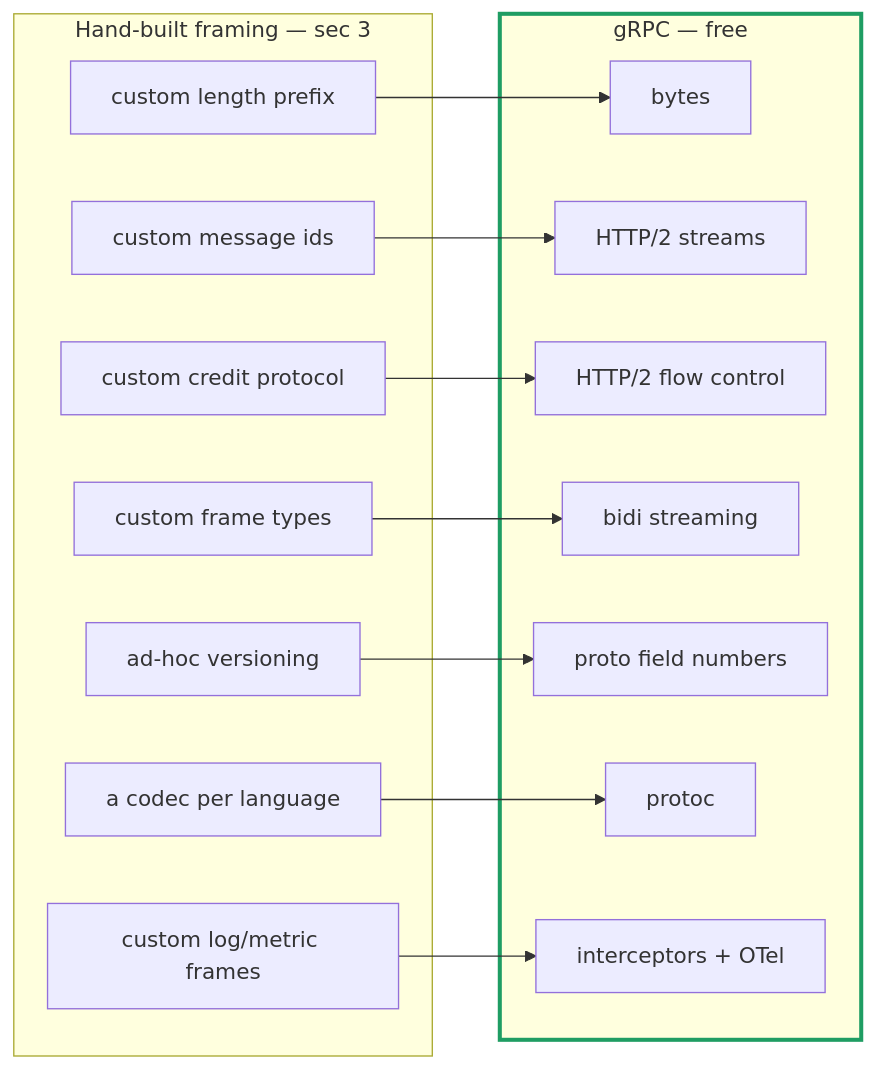
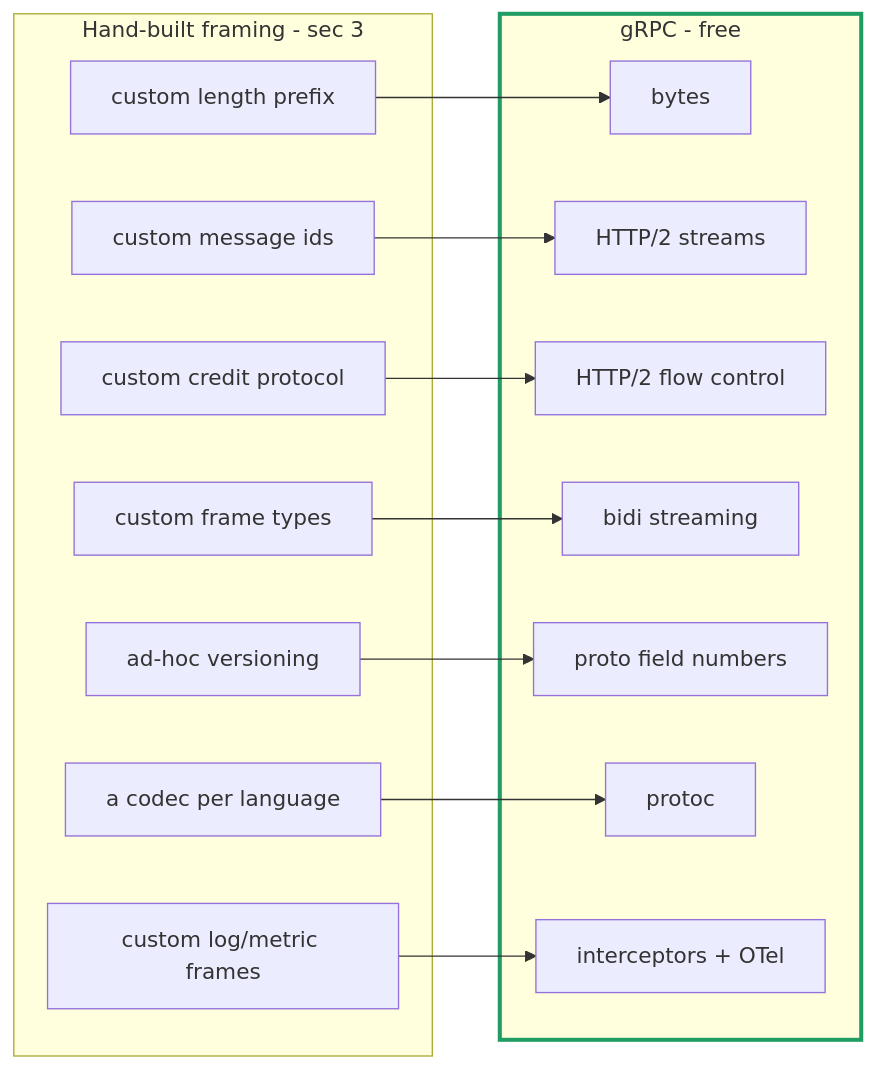
Before and after one commit to simplify9/Bitween-api: diagram 22 of 34 in docs/design/resident-adapters-design.md, drawn with Mermaid. The commit also changed other lines of this file and 768 other files, not shown here.

````diff
--- a/docs/design/resident-adapters-design.md
+++ b/docs/design/resident-adapters-design.md
@@ -1095,29 +1095,29 @@
 ```mermaid
 flowchart LR
-    subgraph HAND["Hand-built framing — sec 3"]
+    subgraph HAND["Hand-built framing - sec 3"]
         H1["custom length prefix"]
         H2["custom message ids"]
         H3["custom credit protocol"]
         H4["custom frame types"]
         H5["ad-hoc versioning"]
         H6["a codec per language"]
         H7["custom log/metric frames"]
     end
-    subgraph GRPC["gRPC — free"]
+    subgraph GRPC["gRPC - free"]
         G1["bytes"]
         G2["HTTP/2 streams"]
         G3["HTTP/2 flow control"]
         G4["bidi streaming"]
         G5["proto field numbers"]
         G6["protoc"]
         G7["interceptors + OTel"]
     end
     H1 --> G1
     H2 --> G2
     H3 --> G3
     H4 --> G4
     H5 --> G5
     H6 --> G6
     H7 --> G7
     style GRPC stroke:#1f9d63,stroke-width:3px
 ```
````
